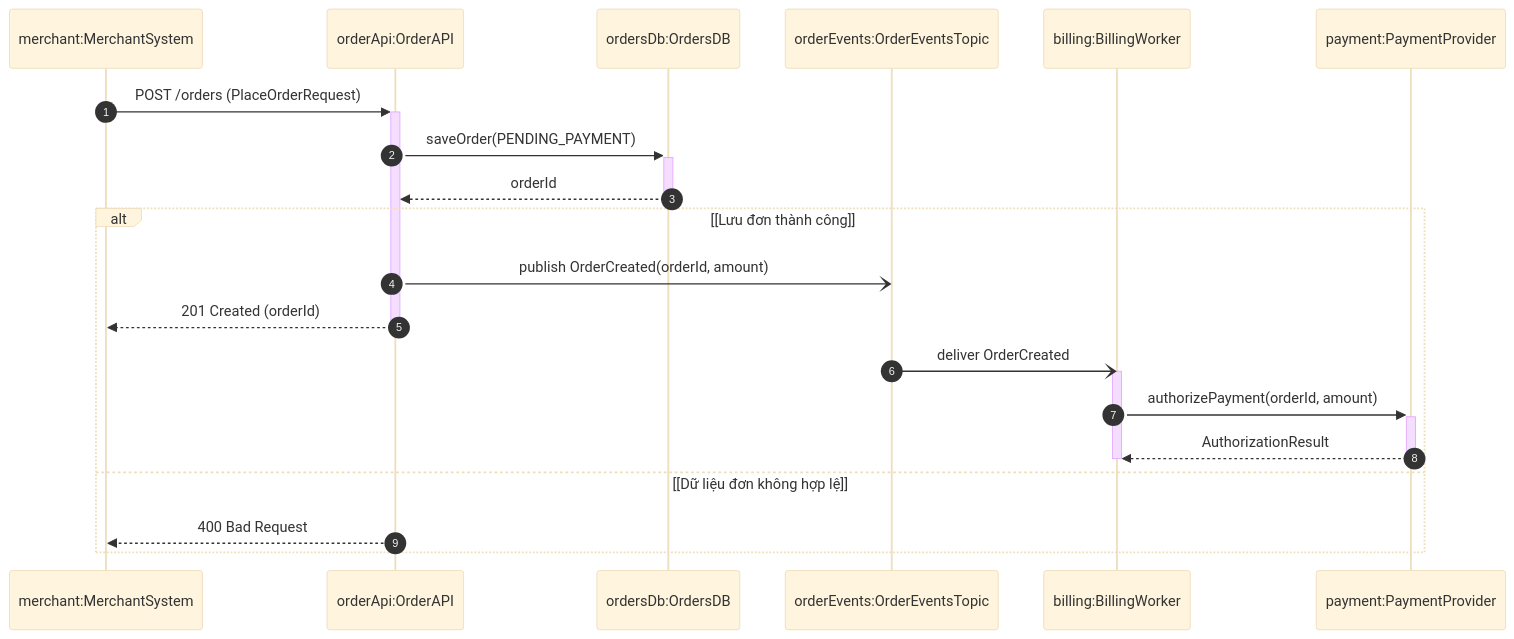
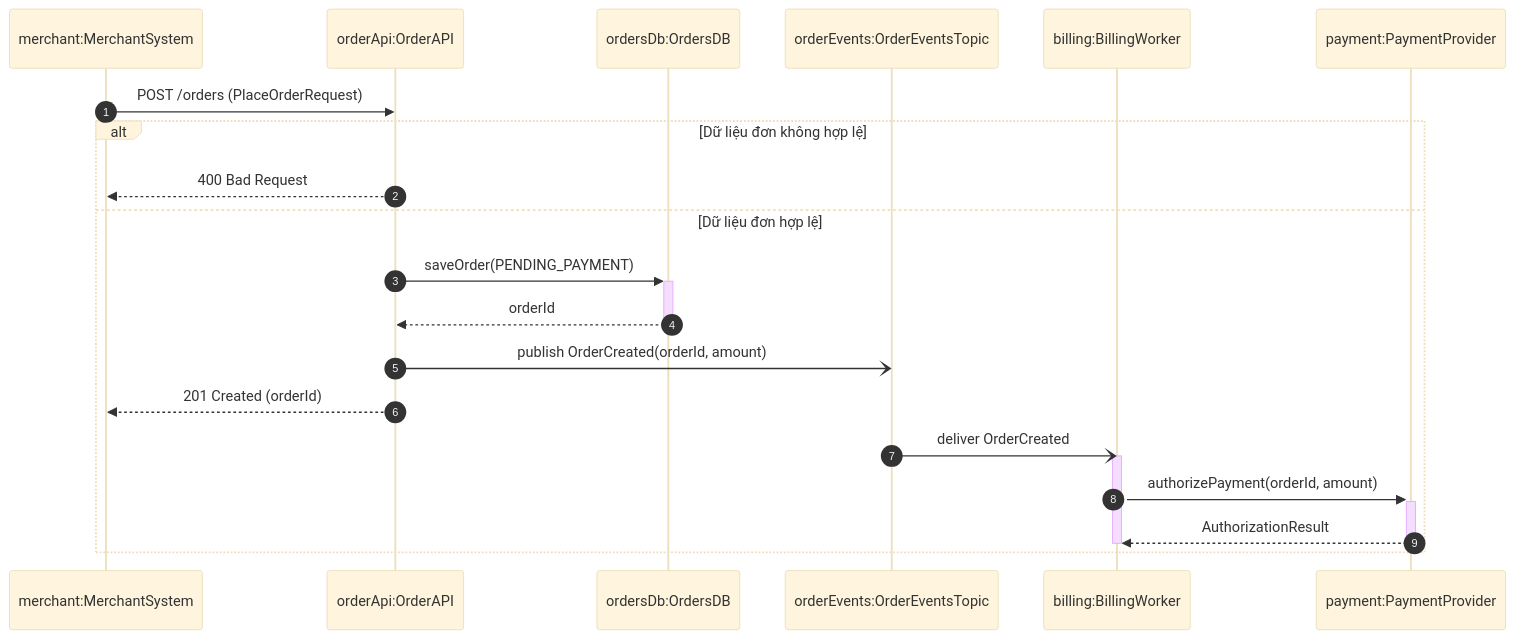
One commit to MAVIS-Platform/mavis-platform changed the fifth of 11 diagrams in docs/MAVIS_9_DIAGRAMS_STANDARD_GUIDE.md. Above: the diagram before and after it, drawn with Mermaid (base theme). The commit also changed other lines of this file and 146 other files, not shown here.

Commit message:
feat: upgrade architecture workspace, model diffing, impact analysis, 3E AI explanations, and coursework flows

````diff
--- a/docs/MAVIS_9_DIAGRAMS_STANDARD_GUIDE.md
+++ b/docs/MAVIS_9_DIAGRAMS_STANDARD_GUIDE.md
@@ -469,25 +478,25 @@
 ```mermaid
 sequenceDiagram
     autonumber
     participant M as merchant:MerchantSystem
     participant API as orderApi:OrderAPI
     participant DB as ordersDb:OrdersDB
     participant K as orderEvents:OrderEventsTopic
     participant BW as billing:BillingWorker
     participant PP as payment:PaymentProvider
 
-    M->>+API: POST /orders (PlaceOrderRequest)
-    API->>+DB: saveOrder(PENDING_PAYMENT)
-    DB-->>-API: orderId
-    alt [Lưu đơn thành công]
+    M->>API: POST /orders (PlaceOrderRequest)
+    alt Dữ liệu đơn không hợp lệ
+        API-->>M: 400 Bad Request
+    else Dữ liệu đơn hợp lệ
+        API->>+DB: saveOrder(PENDING_PAYMENT)
+        DB-->>-API: orderId
         API-)K: publish OrderCreated(orderId, amount)
-        API-->>-M: 201 Created (orderId)
+        API-->>M: 201 Created (orderId)
         K-)BW: deliver OrderCreated
         activate BW
         BW->>+PP: authorizePayment(orderId, amount)
         PP-->>-BW: AuthorizationResult
         deactivate BW
-    else [Dữ liệu đơn không hợp lệ]
-        API-->>M: 400 Bad Request
     end
 ```
````
